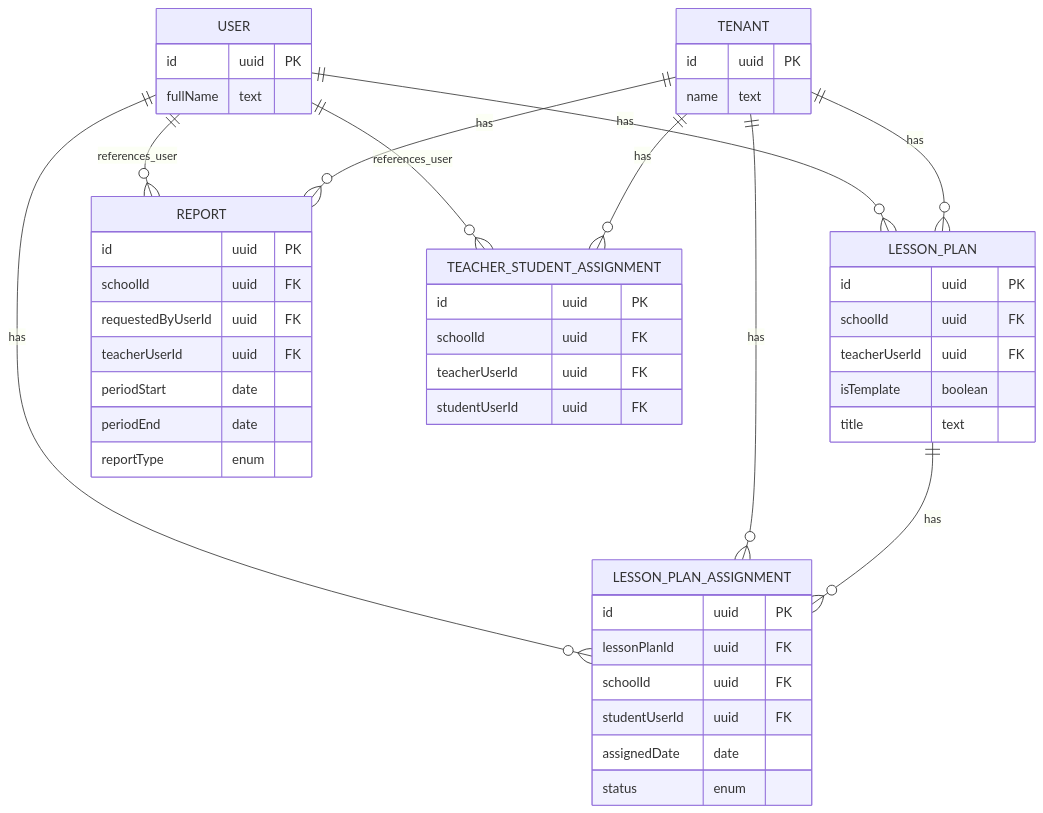
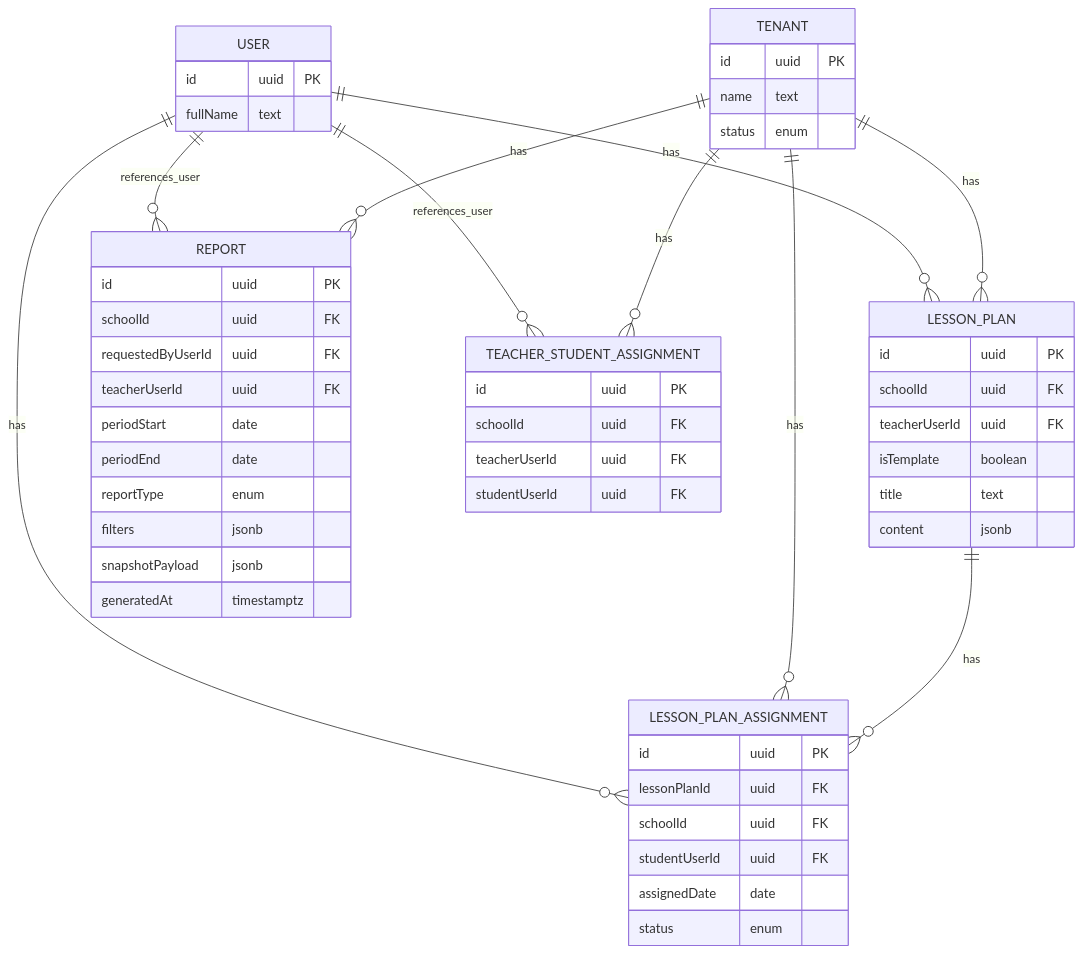
One commit to KaterynaKocheharova/Multi-tenant-architecture changed the fourth of 4 diagrams in architecture-homework/diagrams/erd.md. Above: the diagram before and after it, drawn with Mermaid. The commit also changed other lines of this file, not shown here.

````diff
--- a/architecture-homework/diagrams/erd.md
+++ b/architecture-homework/diagrams/erd.md
@@ -283,56 +278,62 @@
 ```mermaid
 erDiagram
+    direction TB
     TENANT {
         id uuid PK
         name text
+        status enum
     }
 
     USER {
         id uuid PK
         fullName text
     }
 
     LESSON_PLAN {
         id uuid PK
         schoolId uuid FK
         teacherUserId uuid FK
         isTemplate boolean
         title text
+        content jsonb
     }
 
     LESSON_PLAN_ASSIGNMENT {
         id uuid PK
         lessonPlanId uuid FK
         schoolId uuid FK
         studentUserId uuid FK
         assignedDate date
         status enum
     }
 
     REPORT {
         id uuid PK
         schoolId uuid FK
         requestedByUserId uuid FK
         teacherUserId uuid FK
         periodStart date
         periodEnd date
         reportType enum
+        filters jsonb
+        snapshotPayload jsonb
+        generatedAt timestamptz
     }
 
     TEACHER_STUDENT_ASSIGNMENT {
         id uuid PK
         schoolId uuid FK
         teacherUserId uuid FK
         studentUserId uuid FK
     }
 
     TENANT ||--o{ LESSON_PLAN : has
     USER ||--o{ LESSON_PLAN : has
     LESSON_PLAN ||--o{ LESSON_PLAN_ASSIGNMENT : has
     TENANT ||--o{ LESSON_PLAN_ASSIGNMENT : has
     USER ||--o{ LESSON_PLAN_ASSIGNMENT : has
     TENANT ||--o{ TEACHER_STUDENT_ASSIGNMENT : has
     USER ||--o{ TEACHER_STUDENT_ASSIGNMENT : references_user
     TENANT ||--o{ REPORT : has
     USER ||--o{ REPORT : references_user
 ```
````
